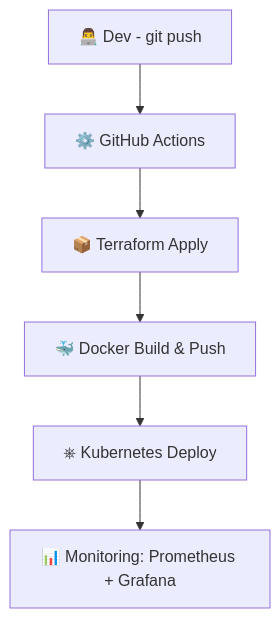
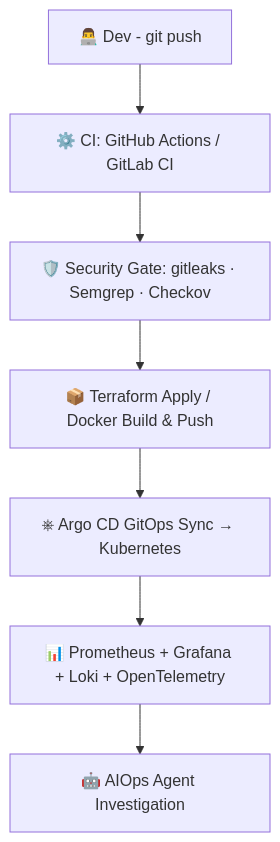
One commit to 4Min4m/4Min4m changed the diagram in README.md. Above: the diagram before and after it, drawn with Mermaid. The commit also changed other lines of this file, not shown here.

````diff
--- a/README.md
+++ b/README.md
@@ -226,8 +264,9 @@
 ```mermaid
 graph TD
-  A[👨‍💻 Dev - git push] --> B[⚙️ GitHub Actions]
-  B --> C[📦 Terraform Apply]
-  C --> D[🐳 Docker Build & Push]
-  D --> E[⎈ Kubernetes Deploy]
-  E --> F[📊 Monitoring: Prometheus + Grafana]
+  A[👨‍💻 Dev - git push] --> B[⚙️ CI: GitHub Actions / GitLab CI]
+  B --> C[🛡️ Security Gate: gitleaks · Semgrep · Checkov]
+  C --> D[📦 Terraform Apply / Docker Build & Push]
+  D --> E[⎈ Argo CD GitOps Sync → Kubernetes]
+  E --> F[📊 Prometheus + Grafana + Loki + OpenTelemetry]
+  F --> G[🤖 AIOps Agent Investigation]
 ```
````
